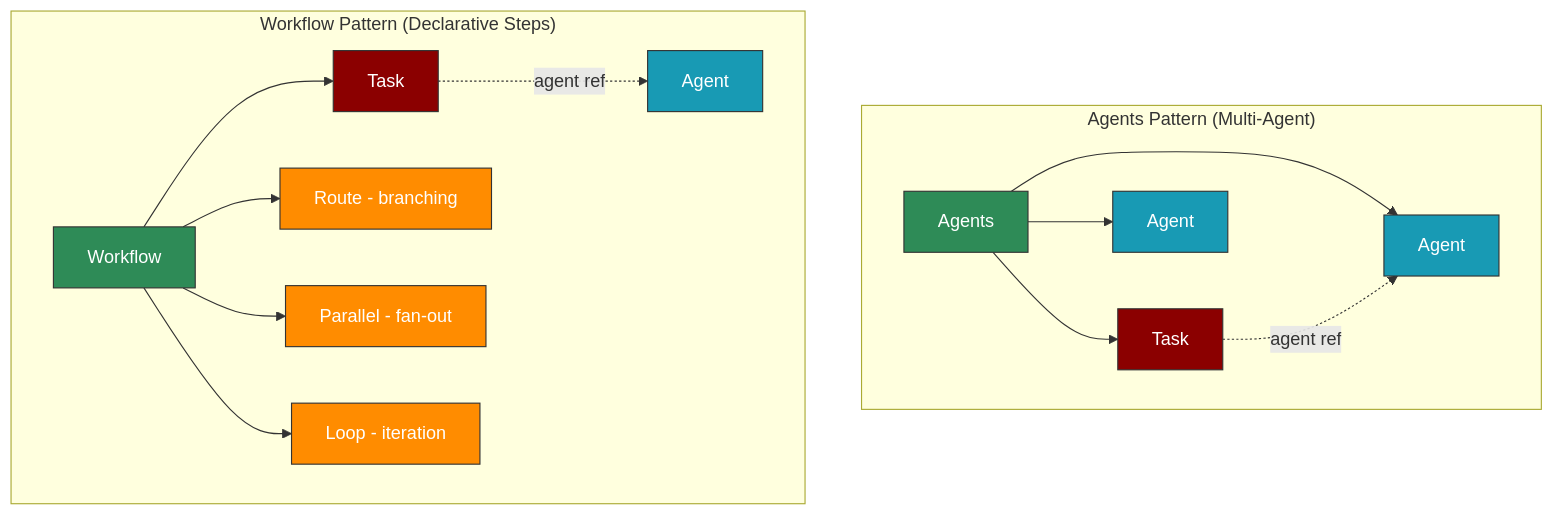
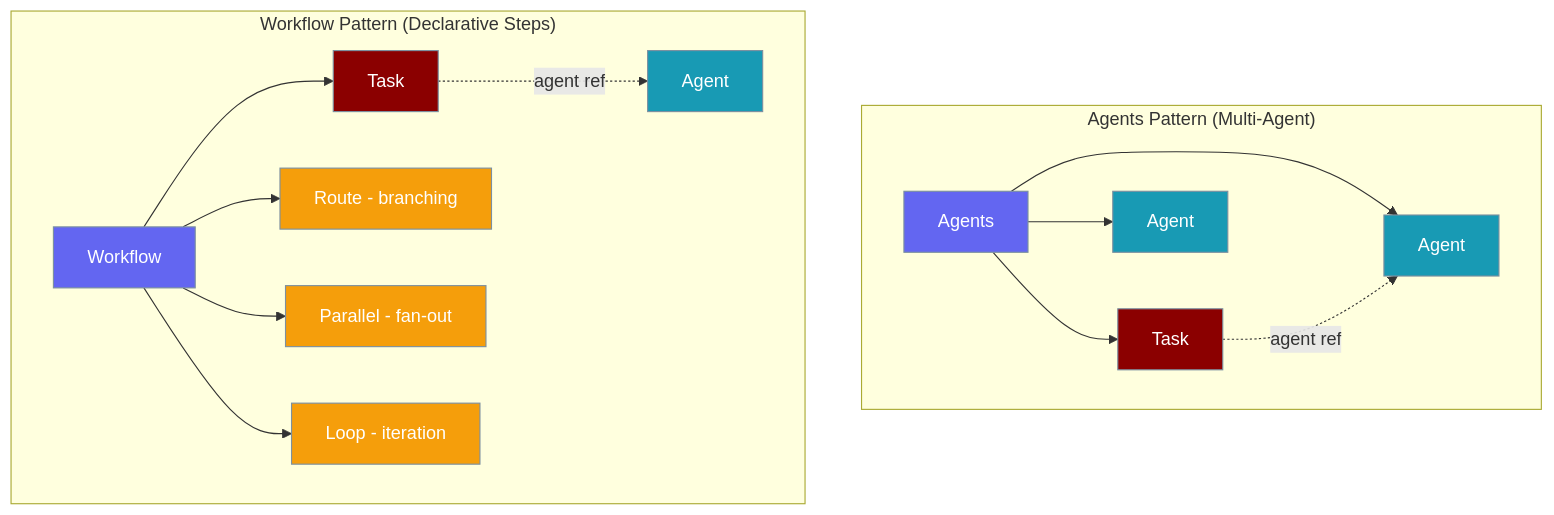
Before and after one commit to MervinPraison/PraisonAIDocs: the fourth of 4 diagrams in docs/features/workflows.mdx, drawn with Mermaid. The commit also changed other lines of this file and 6 other files, not shown here.

````diff
--- a/docs/features/workflows.mdx
+++ b/docs/features/workflows.mdx
@@ -1346,29 +1347,29 @@
 ```mermaid
 graph TB
     subgraph "Agents Pattern (Multi-Agent)"
         AGENTS[Agents]
         AGENTS --> AGENT1[Agent]
         AGENTS --> TASK[Task]
         TASK -.->|agent ref| AGENT1
         AGENTS --> AGENT2[Agent]
     end
     
     subgraph "Workflow Pattern (Declarative Steps)"
         WORKFLOW[Workflow]
         WORKFLOW --> STEP[Task]
         STEP -.->|agent ref| AGENT3[Agent]
         WORKFLOW --> ROUTE[Route - branching]
         WORKFLOW --> PARALLEL[Parallel - fan-out]
         WORKFLOW --> LOOP[Loop - iteration]
     end
     
-    classDef orchestrator fill:#2E8B57,stroke:#333,color:#fff
-    classDef agent fill:#189AB4,stroke:#333,color:#fff
-    classDef workitem fill:#8B0000,stroke:#333,color:#fff
-    classDef pattern fill:#FF8C00,stroke:#333,color:#fff
+    classDef orchestrator fill:#6366F1,stroke:#7C90A0,color:#fff
+    classDef agent fill:#189AB4,stroke:#7C90A0,color:#fff
+    classDef workitem fill:#8B0000,stroke:#7C90A0,color:#fff
+    classDef pattern fill:#F59E0B,stroke:#7C90A0,color:#fff
     
     class AGENTS,WORKFLOW orchestrator
     class AGENT1,AGENT2,AGENT3 agent
     class TASK,STEP workitem
     class ROUTE,PARALLEL,LOOP pattern
 ```
````
